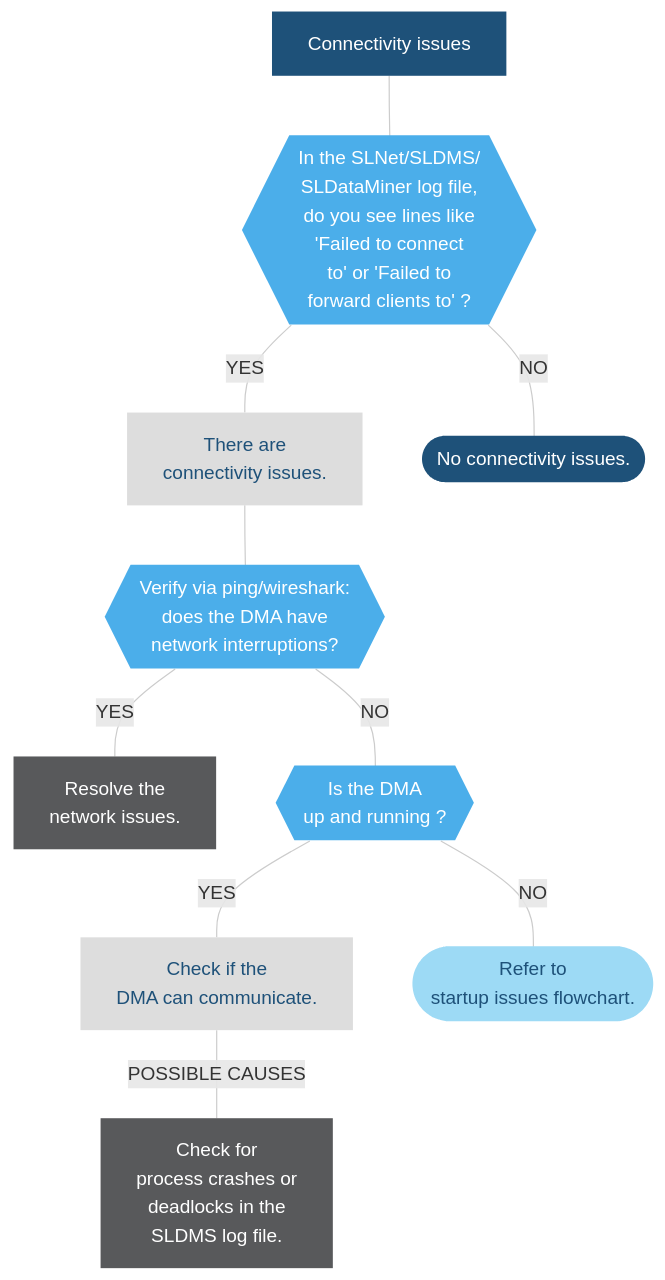
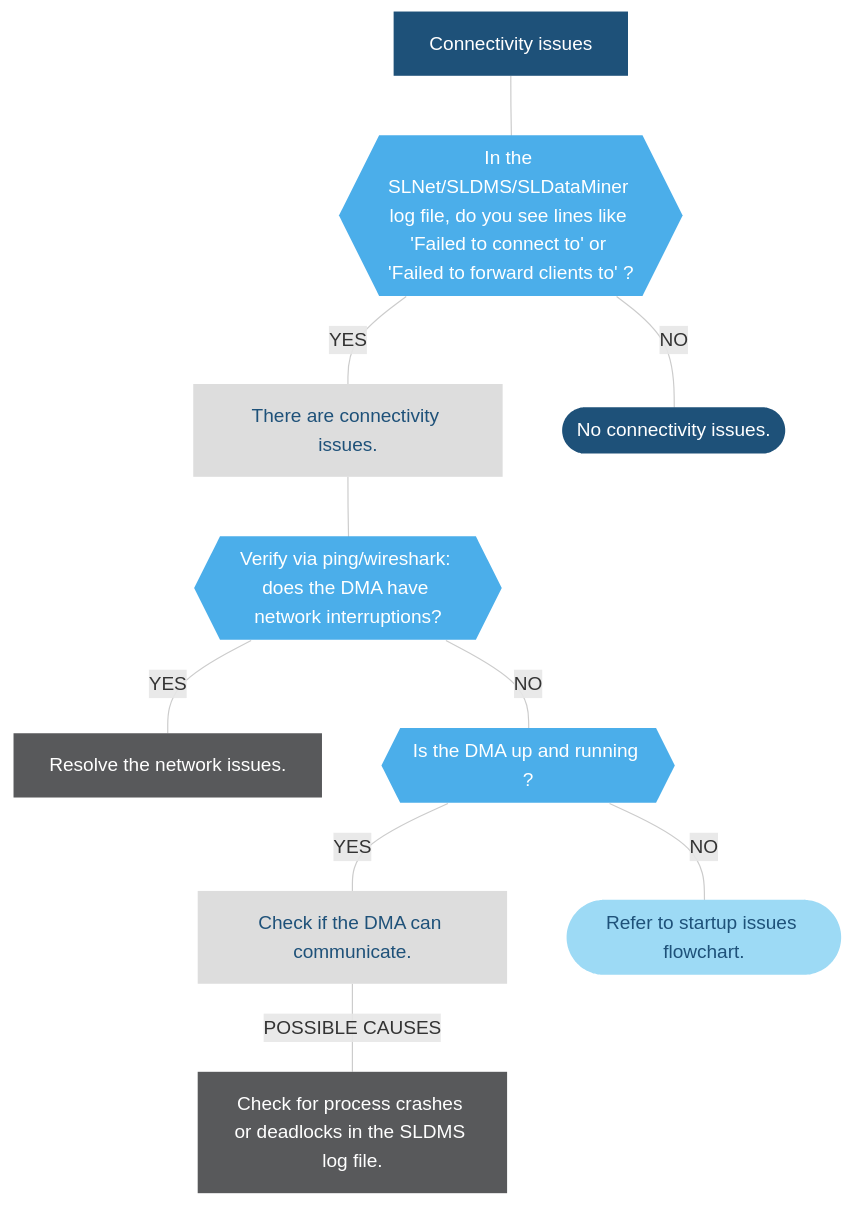
One commit to SkylineCommunications/dataminer-docs changed the fourth of 4 diagrams in user-guide/Troubleshooting/Troubleshooting_Flowcharts/Troubleshooting_Process_Identification/Communication_processes/SLDMS/SLDMS_Frequent_Issues.md. Above: the diagram before and after it, drawn with Mermaid. The commit also changed other lines of this file and 21 other files, not shown here.

````diff
--- a/user-guide/Troubleshooting/Troubleshooting_Flowcharts/Troubleshooting_Process_Identification/Communication_processes/SLDMS/SLDMS_Frequent_Issues.md
+++ b/user-guide/Troubleshooting/Troubleshooting_Flowcharts/Troubleshooting_Process_Identification/Communication_processes/SLDMS/SLDMS_Frequent_Issues.md
@@ -118,41 +118,41 @@
 ```mermaid
 flowchart TD
 %% Define styles %%
 linkStyle default stroke:#cccccc
 classDef LightBlue fill:#9DDAF5,stroke:#000070,stroke-width:0px, color:#1E5179;
 classDef Blue fill:#4BAEEA,stroke:#000070,stroke-width:0px, color:#FFFFFF;
 classDef DarkBlue fill:#1E5179,stroke:#000070,stroke-width:0px, color:#FFFFFF;
 classDef DarkGray fill:#58595B,stroke:#000070,stroke-width:0px, color:#FFFFFF;
 classDef Gray fill:#999999,stroke:#000070,stroke-width:0px, color:#FFFFFF;
 classDef LightGray fill:#DDDDDD,stroke:#000070,stroke-width:0px, color:#1E5179;
 %% Define blocks %%
 CI[Connectivity issues]
-CI1{{In the SLNet/SLDMS/<br>SLDataMiner log file, <br>do you see lines like <br>'Failed to connect <br>to' or 'Failed to <br>forward clients to' ?}}
-CI2[There are <br>connectivity issues.]
+CI1{{In the SLNet/SLDMS/SLDataMiner log file, do you see lines like 'Failed to connect to' or 'Failed to forward clients to' ?}}
+CI2[There are connectivity issues.]
 CI3([No connectivity issues.])
-CI4{{Verify via ping/wireshark: <br>does the DMA have <br>network interruptions?}}
-CI5[Resolve the <br>network issues.]
-CI6{{Is the DMA <br>up and running ?}}
-CI7[Check if the <br>DMA can communicate.]
-CI8([Refer to <br>startup issues flowchart.])
-CI9[Check for <br>process crashes or <br>deadlocks in the <br>SLDMS log file.]
+CI4{{Verify via ping/wireshark: does the DMA have network interruptions?}}
+CI5[Resolve the network issues.]
+CI6{{Is the DMA up and running ?}}
+CI7[Check if the DMA can communicate.]
+CI8([Refer to startup issues flowchart.])
+CI9[Check for process crashes or deadlocks in the SLDMS log file.]
 %% Connect blocks %%
 CI --- CI1
 CI1 --- |YES| CI2
 CI1 --- |NO| CI3
 CI2 --- CI4
 CI4 --- |YES| CI5
 CI4 --- |NO| CI6
 CI6 --- |YES| CI7
 CI6 --- |NO| CI8
 CI7 --- |POSSIBLE CAUSES| CI9
 %% Define hyperlinks %%
 click CI8 "/user-guide/Troubleshooting/Troubleshooting_Flowcharts/Troubleshooting_Startup_Issues.html"
 click CI "#connectivity-issues"
 %% Apply styles to blocks %%
 class START,FNS,CI,TSI,N4,N3,N1,N2,CI3 DarkBlue;
 class Check,C,TSI1,Y1,CI4,CI6,CI1 Blue;
 class Y4,CI7,CI2 LightGray;
 class Y3,Y2,CI9,CI5 DarkGray;
 class R,SSP,CI8 LightBlue;
 ```
````
